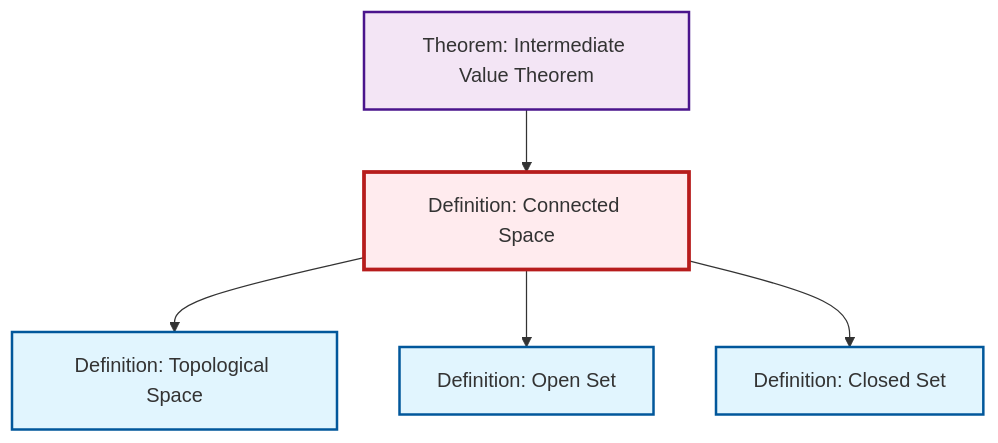
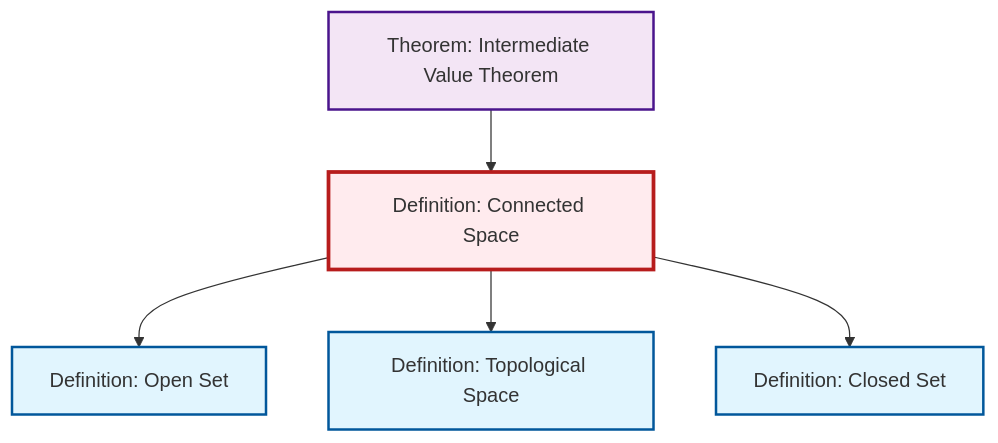
Before and after one commit to RK0429/ModernMath: the diagram in output/mermaid/def-connected.mermaid, drawn with Mermaid. The commit also changed other lines of this file and 1202 other files, not shown here.

````diff
--- a/output/mermaid/def-connected.mermaid
+++ b/output/mermaid/def-connected.mermaid
@@ -1,19 +1,19 @@
 ```{mermaid}
 %%| fig-cap: "Local dependency graph"
 graph TD
     classDef definition fill:#e1f5fe,stroke:#01579b,stroke-width:2px
     classDef theorem fill:#f3e5f5,stroke:#4a148c,stroke-width:2px
     classDef axiom fill:#fff3e0,stroke:#e65100,stroke-width:2px
     classDef example fill:#e8f5e9,stroke:#1b5e20,stroke-width:2px
     classDef current fill:#ffebee,stroke:#b71c1c,stroke-width:3px
+    thm-intermediate-value["Theorem: Intermediate Value Theorem"]:::theorem
+    def-open-set["Definition: Open Set"]:::definition
+    def-closed-set["Definition: Closed Set"]:::definition
     def-topological-space["Definition: Topological Space"]:::definition
-    def-open-set["Definition: Open Set"]:::definition
-    thm-intermediate-value["Theorem: Intermediate Value Theorem"]:::theorem
     def-connected["Definition: Connected Space"]:::definition
-    def-closed-set["Definition: Closed Set"]:::definition
+    def-connected --> def-open-set
+    def-connected --> def-topological-space
     thm-intermediate-value --> def-connected
-    def-connected --> def-topological-space
-    def-connected --> def-open-set
     def-connected --> def-closed-set
     class def-connected current
 ```
````
